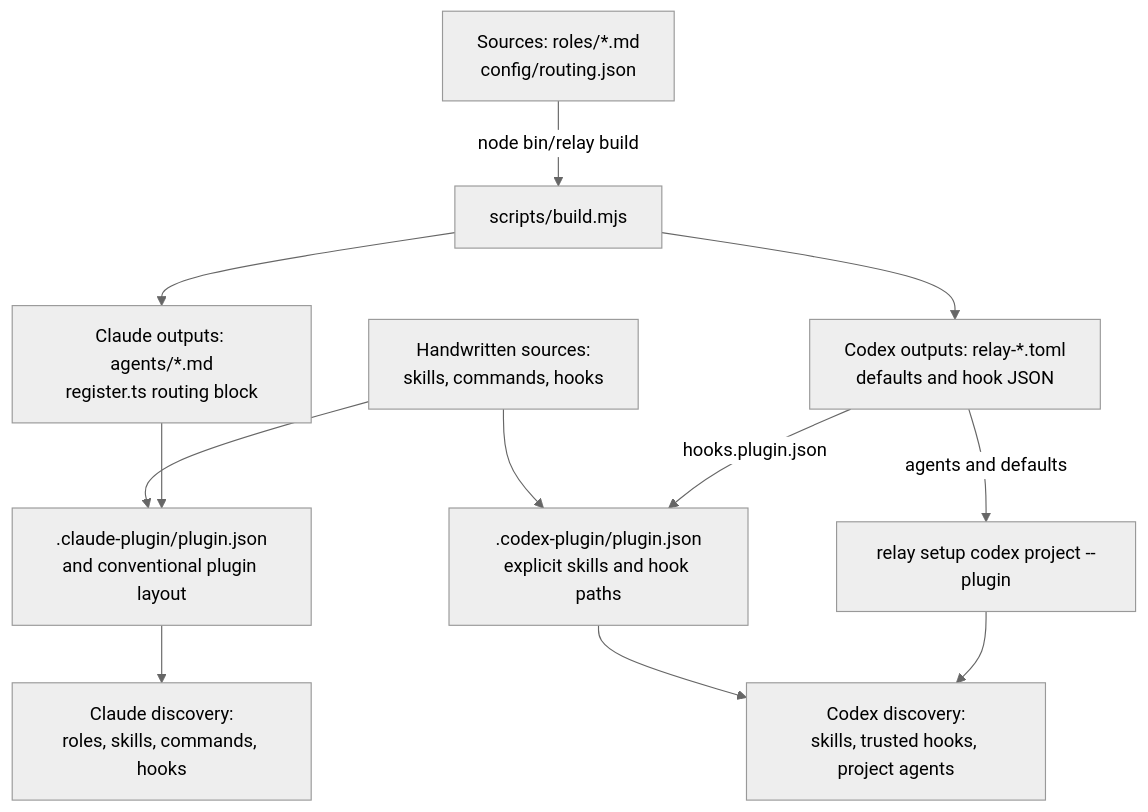
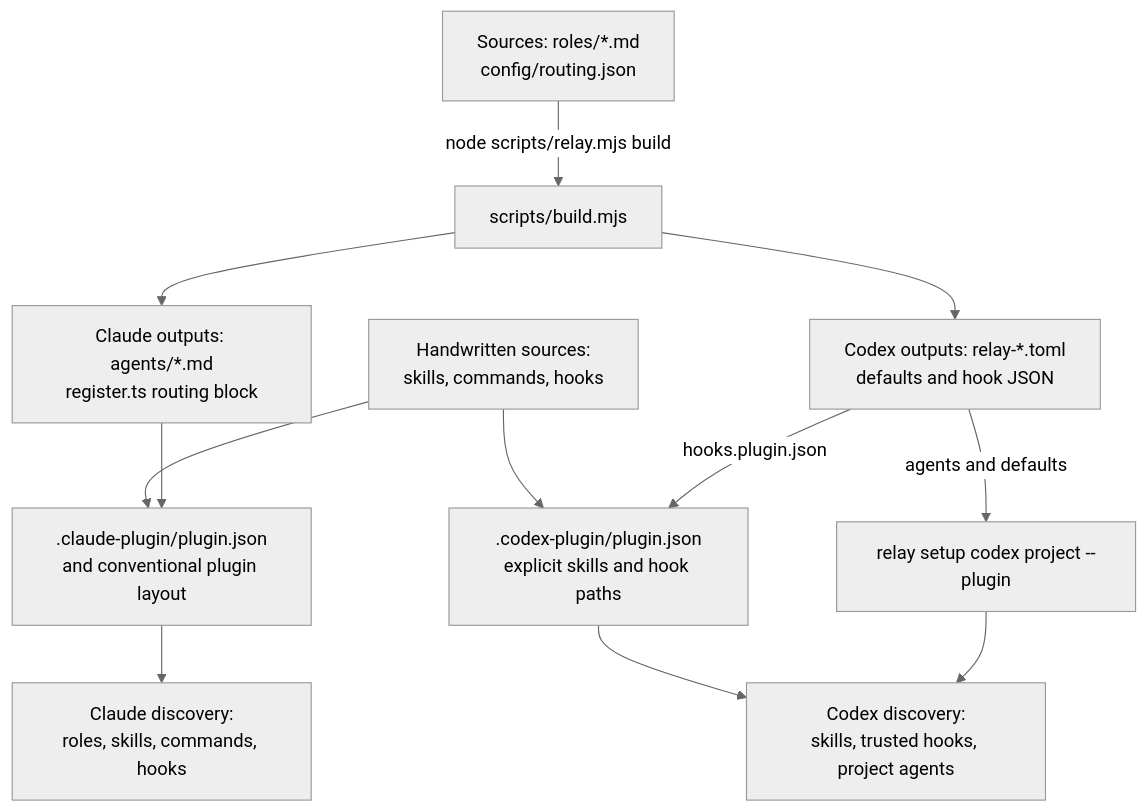
The first of 4 diagrams in docs/architecture/overview.md (cube-digital/relay), drawn with Mermaid (neutral theme) before and after one commit. The commit also changed other lines of this file and 40 other files, not shown here.

````diff
--- a/docs/architecture/overview.md
+++ b/docs/architecture/overview.md
@@ -41,14 +41,14 @@
 ```mermaid
 graph TD
-    S["Sources: roles/*.md<br/>config/routing.json"] -->|node bin/relay build| B["scripts/build.mjs"]
+    S["Sources: roles/*.md<br/>config/routing.json"] -->|node scripts/relay.mjs build| B["scripts/build.mjs"]
     B --> C["Claude outputs: agents/*.md<br/>register.ts routing block"]
     B --> X["Codex outputs: relay-*.toml<br/>defaults and hook JSON"]
     H["Handwritten sources:<br/>skills, commands, hooks"] --> M[".claude-plugin/plugin.json<br/>and conventional plugin layout"]
     C --> M
     M --> D["Claude discovery:<br/>roles, skills, commands, hooks"]
     H --> N[".codex-plugin/plugin.json<br/>explicit skills and hook paths"]
     X -->|hooks.plugin.json| N
     N --> E["Codex discovery:<br/>skills, trusted hooks, project agents"]
     X -->|agents and defaults| P["relay setup codex project --plugin"]
     P --> E
 ```
````
